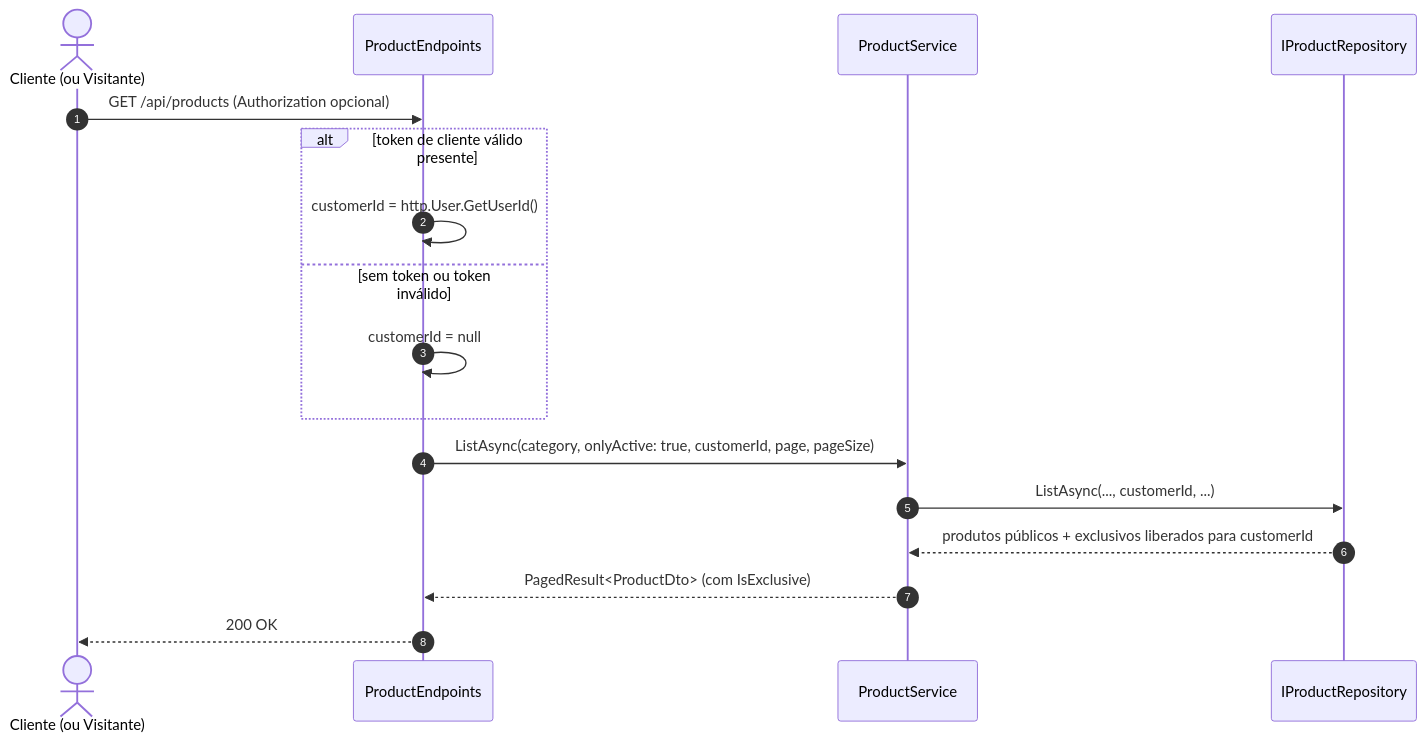
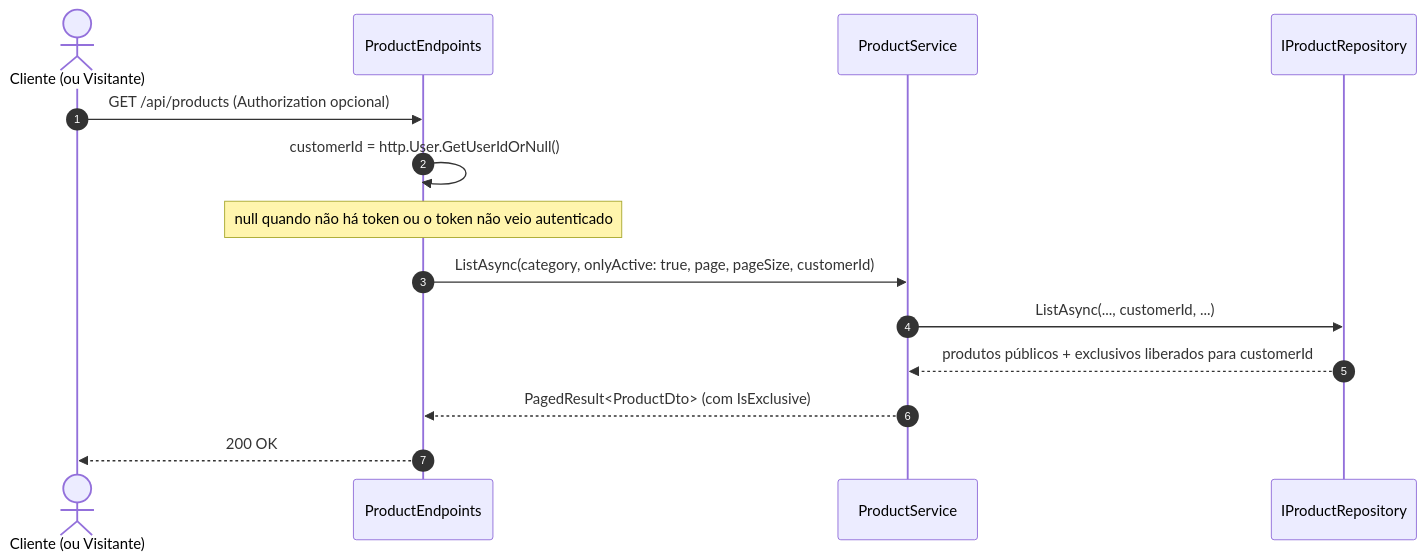
Before and after one commit to pauloffalves1/atelie-bebe: the fourth of 4 diagrams in spec/design.md, drawn with Mermaid. The commit also changed other lines of this file and 46 other files, not shown here.

````diff
--- a/spec/design.md
+++ b/spec/design.md
@@ -321,20 +322,17 @@
 ```mermaid
 sequenceDiagram
     autonumber
     actor Cliente as Cliente (ou Visitante)
     participant Ep as ProductEndpoints
     participant Svc as ProductService
     participant Repo as IProductRepository
 
     Cliente->>Ep: GET /api/products (Authorization opcional)
-    alt token de cliente válido presente
-        Ep->>Ep: customerId = http.User.GetUserId()
-    else sem token ou token inválido
-        Ep->>Ep: customerId = null
-    end
-    Ep->>Svc: ListAsync(category, onlyActive: true, customerId, page, pageSize)
+    Ep->>Ep: customerId = http.User.GetUserIdOrNull()
+    Note over Ep: null quando não há token ou o token não veio autenticado
+    Ep->>Svc: ListAsync(category, onlyActive: true, page, pageSize, customerId)
     Svc->>Repo: ListAsync(..., customerId, ...)
     Repo-->>Svc: produtos públicos + exclusivos liberados para customerId
     Svc-->>Ep: PagedResult<ProductDto> (com IsExclusive)
     Ep-->>Cliente: 200 OK
 ```
````
